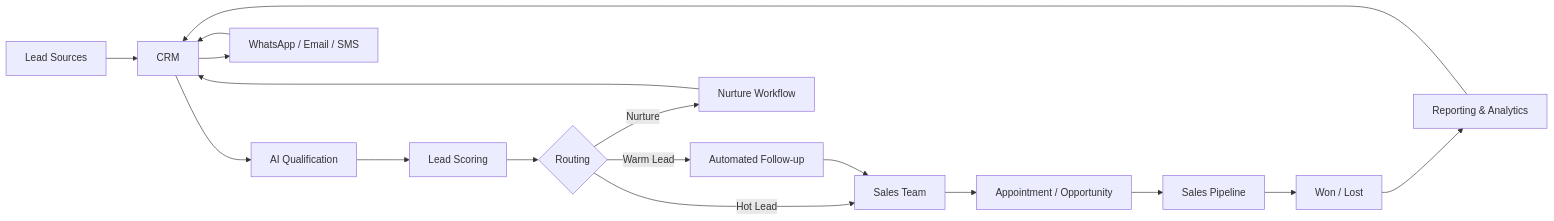
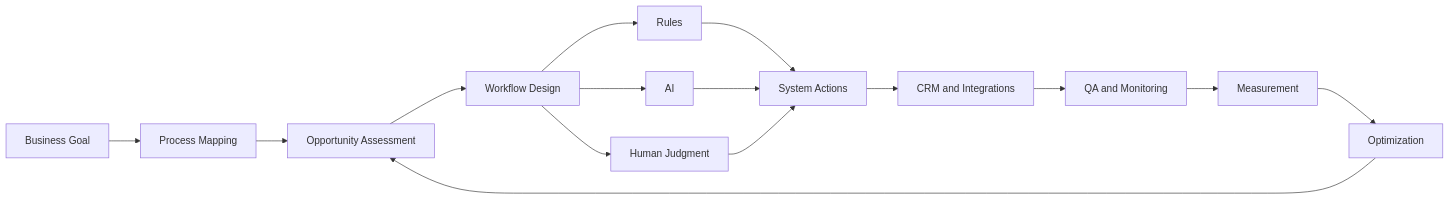
The diagram in README.md (prashant6788/ai-automation-playbooks), drawn with Mermaid before and after one commit. The commit also changed other lines of this file, not shown here.

````diff
--- a/README.md
+++ b/README.md
@@ -85,24 +57,17 @@
 ```mermaid
 flowchart LR
-    A[Lead Sources] --> B[CRM]
-    B --> C[AI Qualification]
-    C --> D[Lead Scoring]
-    D --> E{Routing}
-
-    E -->|Hot Lead| F[Sales Team]
-    E -->|Warm Lead| G[Automated Follow-up]
-    E -->|Nurture| H[Nurture Workflow]
-
-    G --> F
-    H --> B
-
-    F --> I[Appointment / Opportunity]
-    I --> J[Sales Pipeline]
-    J --> K[Won / Lost]
-
-    K --> L[Reporting & Analytics]
-    L --> B
-
-    B --> M[WhatsApp / Email / SMS]
-    M --> B
+    A["Business Goal"] --> B["Process Mapping"]
+    B --> C["Opportunity Assessment"]
+    C --> D["Workflow Design"]
+    D --> E["Rules"]
+    D --> F["AI"]
+    D --> G["Human Judgment"]
+    E --> H["System Actions"]
+    F --> H
+    G --> H
+    H --> I["CRM and Integrations"]
+    I --> J["QA and Monitoring"]
+    J --> K["Measurement"]
+    K --> L["Optimization"]
+    L --> C
 ```
````
